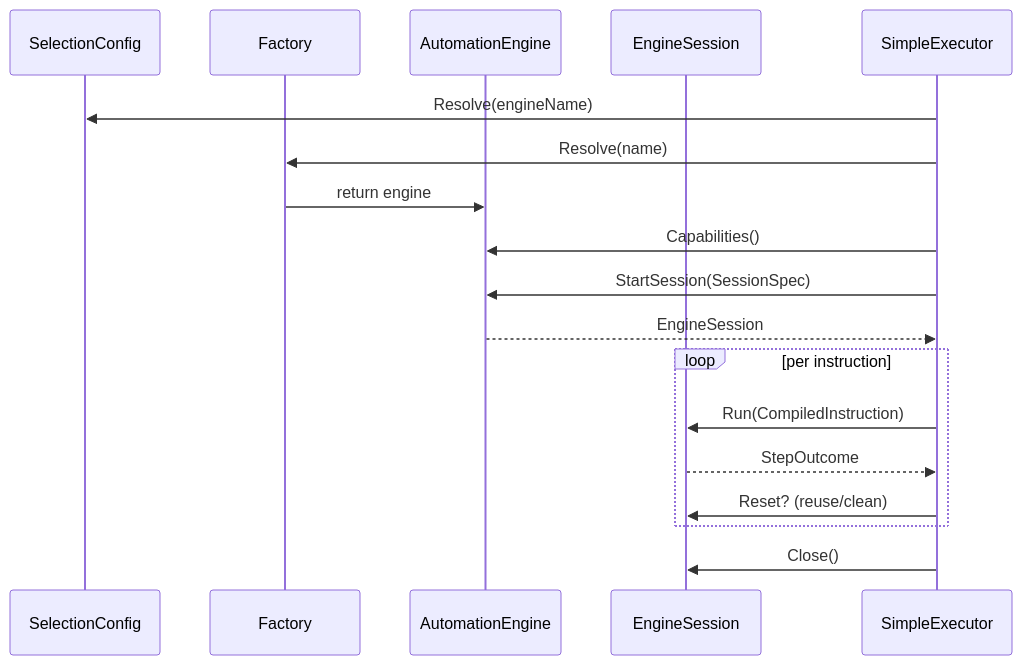
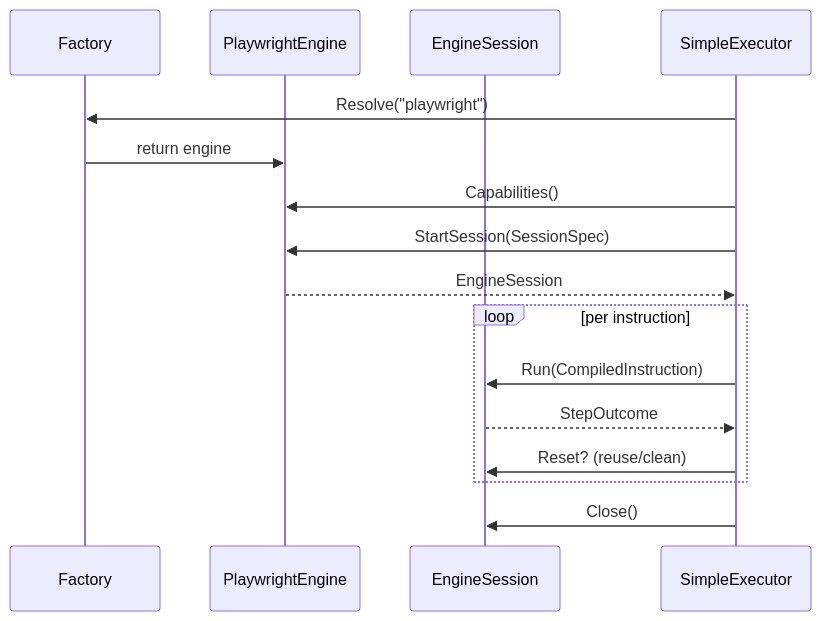
The diagram in scenarios/browser-automation-studio/api/automation/engine/README.md (Vrooli/Vrooli), drawn with Mermaid before and after one commit. The commit also changed other lines of this file and 46 other files, not shown here.

````diff
--- a/scenarios/browser-automation-studio/api/automation/engine/README.md
+++ b/scenarios/browser-automation-studio/api/automation/engine/README.md
@@ -16,21 +15,19 @@
 ```mermaid
 sequenceDiagram
-    participant Sel as SelectionConfig
     participant Fac as Factory
-    participant Eng as AutomationEngine
+    participant Eng as PlaywrightEngine
     participant Sess as EngineSession
     participant Exec as SimpleExecutor
 
-    Exec->>Sel: Resolve(engineName)
-    Exec->>Fac: Resolve(name)
+    Exec->>Fac: Resolve("playwright")
     Fac->>Eng: return engine
     Exec->>Eng: Capabilities()
     Exec->>Eng: StartSession(SessionSpec)
     Eng-->>Exec: EngineSession
     loop per instruction
       Exec->>Sess: Run(CompiledInstruction)
       Sess-->>Exec: StepOutcome
       Exec->>Sess: Reset? (reuse/clean)
     end
     Exec->>Sess: Close()
 ```
````
